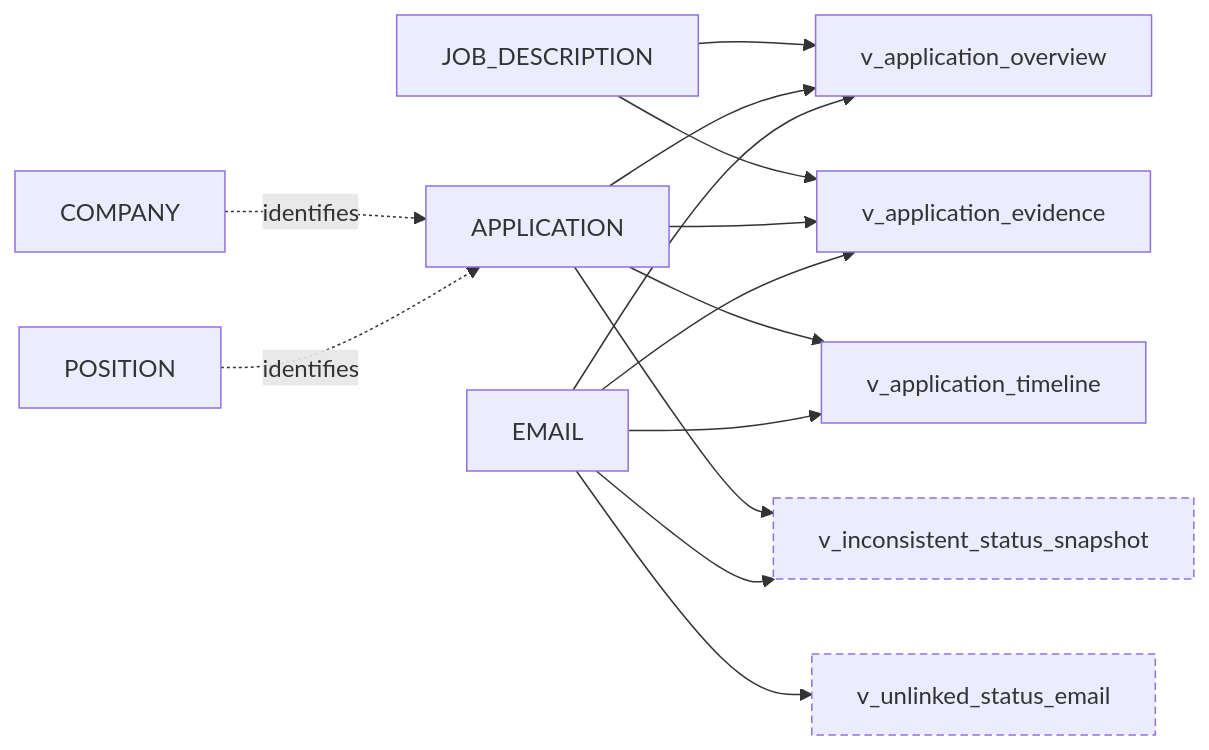
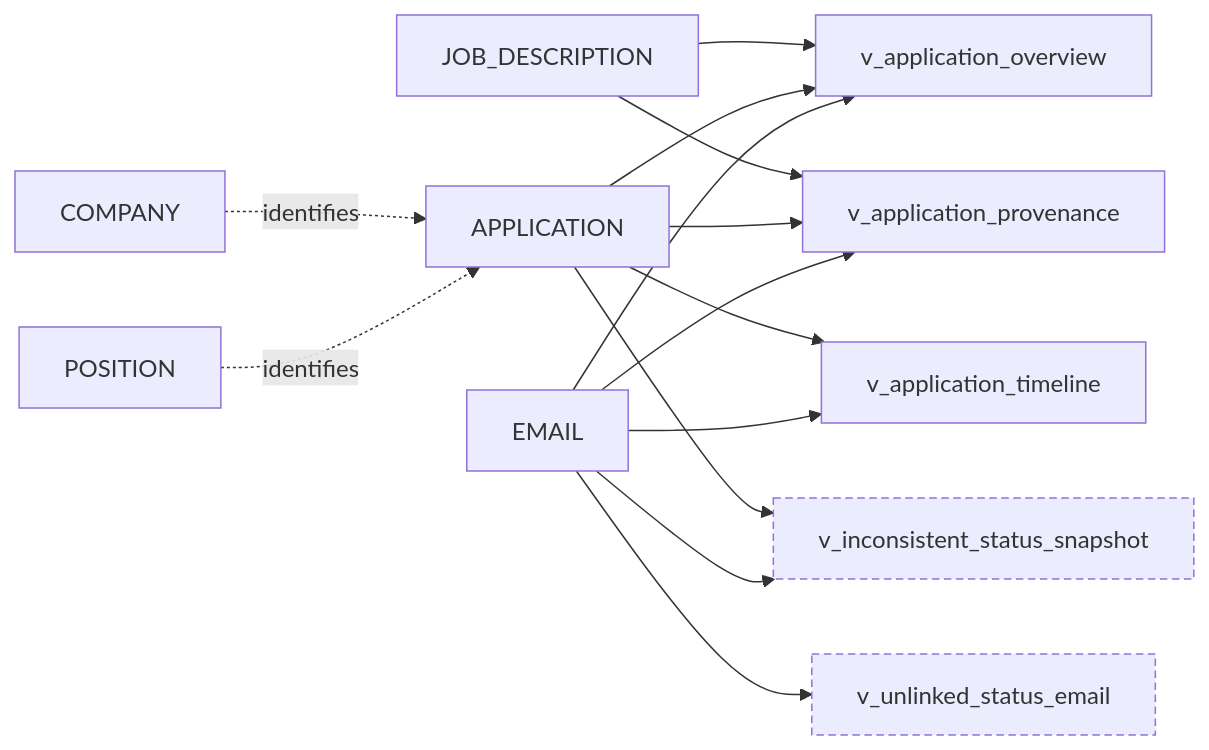
The diagram in docs/view_dependencies.md (Kaichao-Zheng/Heard-Back-Yet), drawn with Mermaid before and after one commit. The commit also changed 13 other files, not shown here.

Commit message:
rename: application_evidence -> application_provenance

````diff
--- a/docs/view_dependencies.md
+++ b/docs/view_dependencies.md
@@ -1,42 +1,42 @@
 ```mermaid
 flowchart LR
     %% Normalized Entities
     COMPANY[COMPANY]
     POSITION[POSITION]
 
     %% Core Tables
     JOB_DESCRIPTION[JOB_DESCRIPTION]
     APPLICATION[APPLICATION]
     EMAIL[EMAIL]
 
     %% Query Views
     V1[v_application_overview]
-    V2[v_application_evidence]
+    V2[v_application_provenance]
     V3[v_application_timeline]
 
     %% Review Queue
     V4[v_inconsistent_status_snapshot]
     V5[v_unlinked_status_email]
 
     COMPANY -. identifies .-> APPLICATION
     POSITION -. identifies .-> APPLICATION
 
     JOB_DESCRIPTION --> V1
     APPLICATION --> V1
     EMAIL --> V1
 
     JOB_DESCRIPTION --> V2
     APPLICATION --> V2
     EMAIL --> V2
 
     APPLICATION --> V3
     EMAIL --> V3
 
     APPLICATION --> V4
     EMAIL --> V4
 
     EMAIL --> V5
 
     classDef review stroke-dasharray: 5 3;
     class V4,V5 review;
 ```
````
